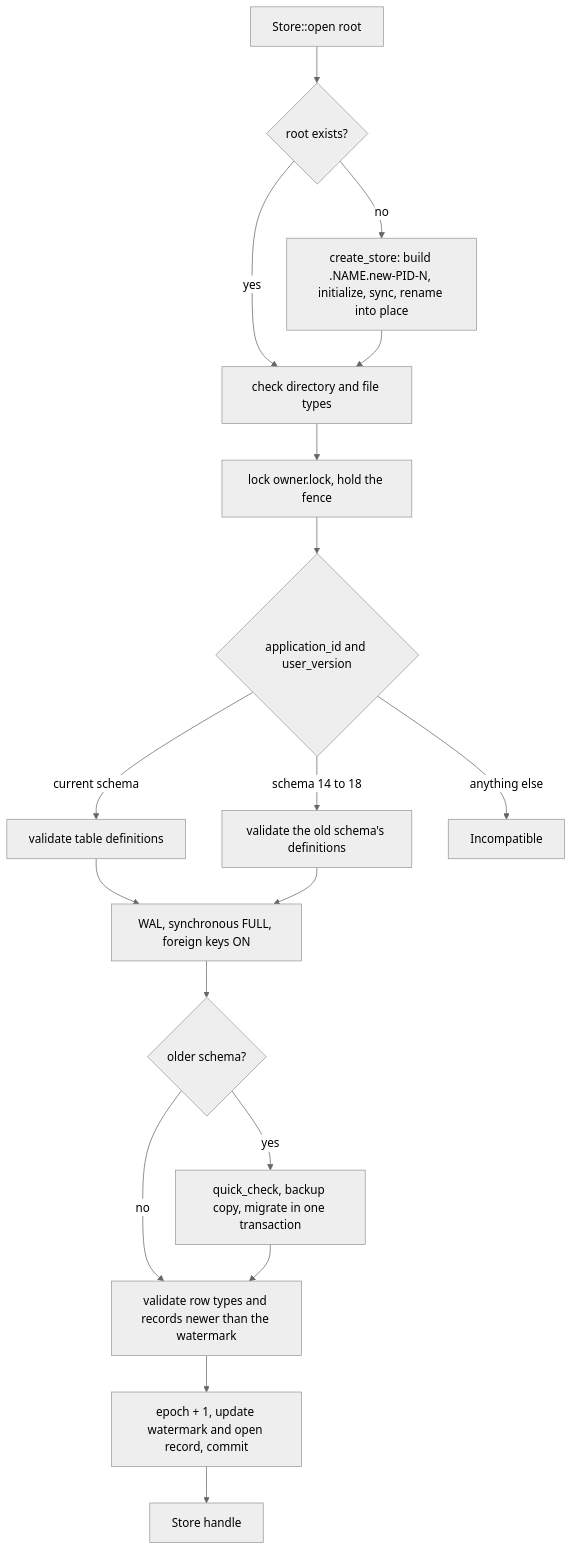
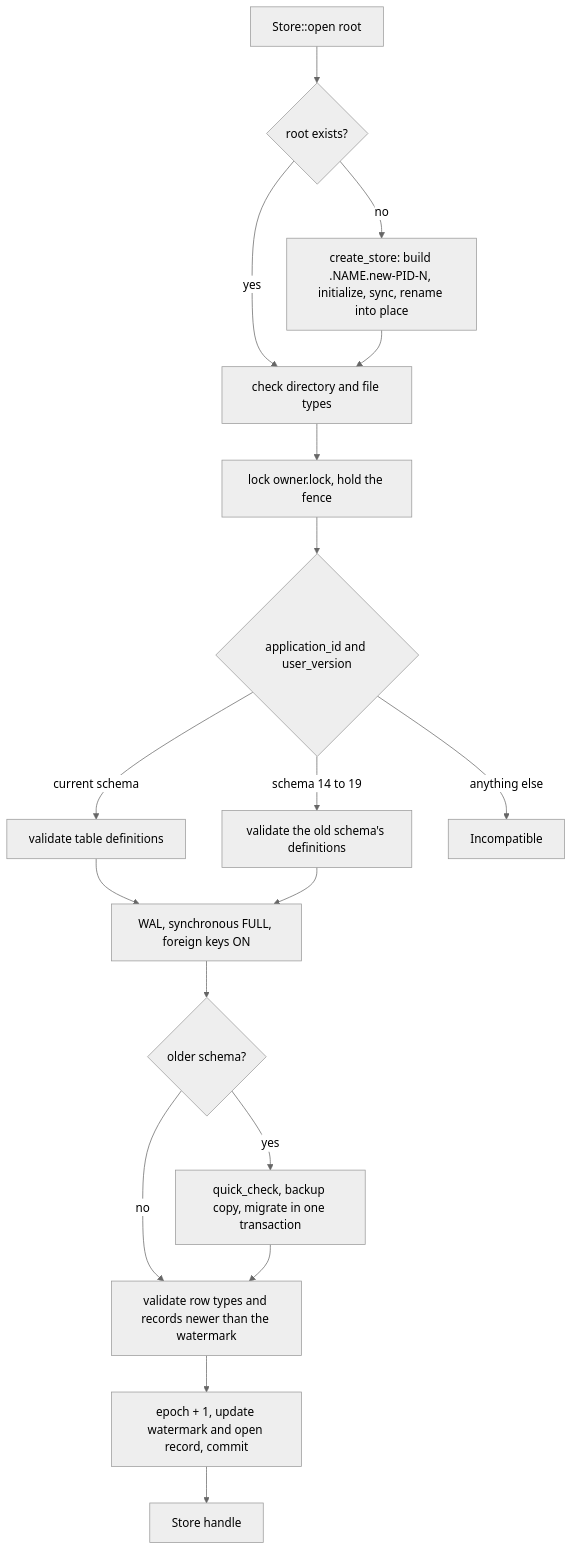
One commit to SiliconState/Spindle changed the second of 6 diagrams in docs/store.md. Above: the diagram before and after it, drawn with Mermaid (neutral theme). The commit also changed other lines of this file and 128 other files, not shown here.

````diff
--- a/docs/store.md
+++ b/docs/store.md
@@ -160,20 +162,20 @@
 ```mermaid
 flowchart TD
     A["Store::open root"] --> B{"root exists?"}
     B -->|no| C["create_store: build .NAME.new-PID-N, initialize, sync, rename into place"]
     B -->|yes| D["check directory and file types"]
     C --> D
     D --> E["lock owner.lock, hold the fence"]
     E --> F{"application_id and user_version"}
     F -->|"current schema"| G["validate table definitions"]
-    F -->|"schema 14 to 18"| H["validate the old schema's definitions"]
+    F -->|"schema 14 to 19"| H["validate the old schema's definitions"]
     F -->|"anything else"| X["Incompatible"]
     G --> I["WAL, synchronous FULL, foreign keys ON"]
     H --> I
     I --> M{"older schema?"}
     M -->|yes| N["quick_check, backup copy, migrate in one transaction"]
     M -->|no| J
     N --> J["validate row types and records newer than the watermark"]
     J --> K["epoch + 1, update watermark and open record, commit"]
     K --> L["Store handle"]
 ```
````
